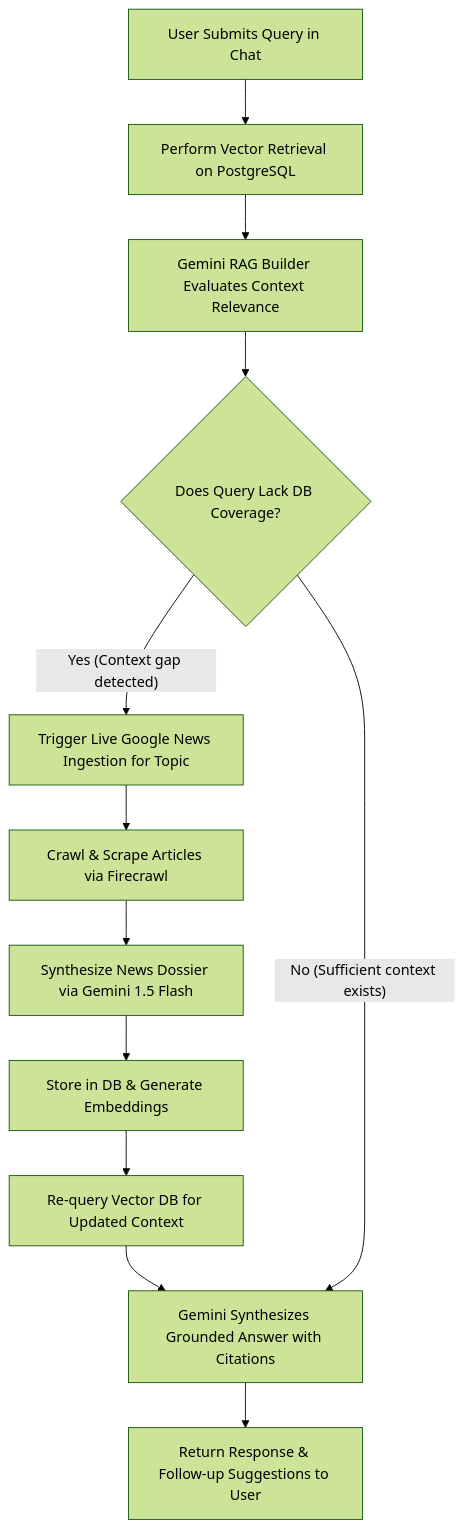
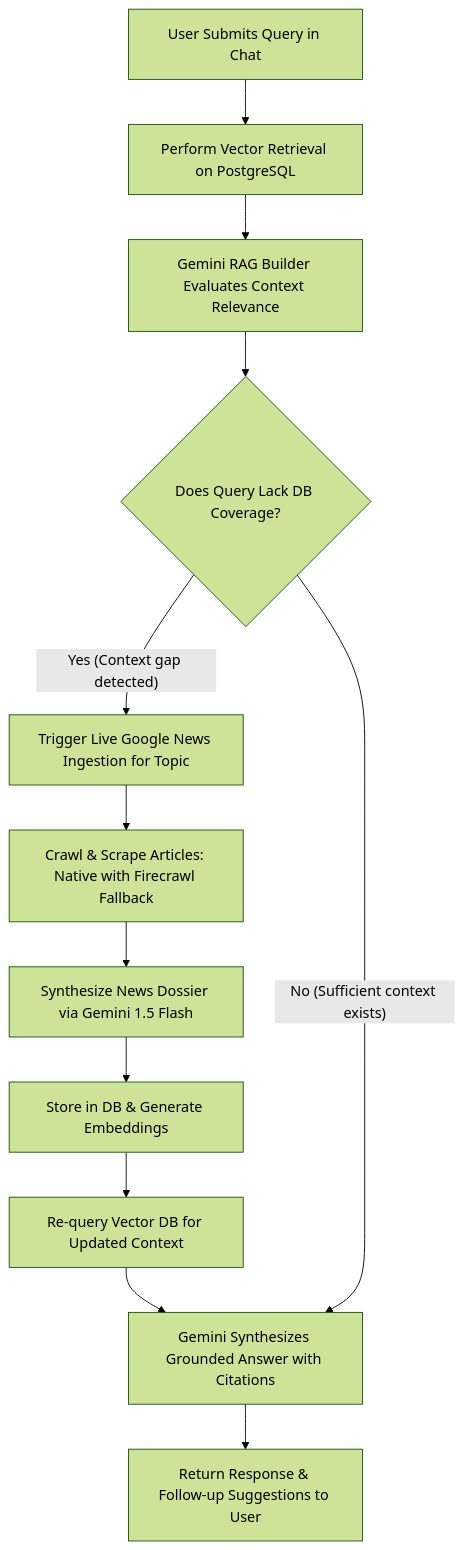
Before and after one commit to surajarya0007/India-Report: the third of 3 diagrams in README.md, drawn with Mermaid (forest theme). The commit also changed other lines of this file and 13 other files, not shown here.

````diff
--- a/README.md
+++ b/README.md
@@ -99,16 +99,16 @@
 ```mermaid
 flowchart TD
     A[User Submits Query in Chat] --> B[Perform Vector Retrieval on PostgreSQL]
     B --> C[Gemini RAG Builder Evaluates Context Relevance]
     C --> D{Does Query Lack DB Coverage?}
     
     D -->|"Yes (Context gap detected)"| E[Trigger Live Google News Ingestion for Topic]
-    E --> F[Crawl & Scrape Articles via Firecrawl]
+    E --> F[Crawl & Scrape Articles: Native with Firecrawl Fallback]
     F --> G[Synthesize News Dossier via Gemini 1.5 Flash]
     G --> H[Store in DB & Generate Embeddings]
     H --> I[Re-query Vector DB for Updated Context]
     I --> J[Gemini Synthesizes Grounded Answer with Citations]
     
     D -->|"No (Sufficient context exists)"| J
     J --> K[Return Response & Follow-up Suggestions to User]
 ```
````
